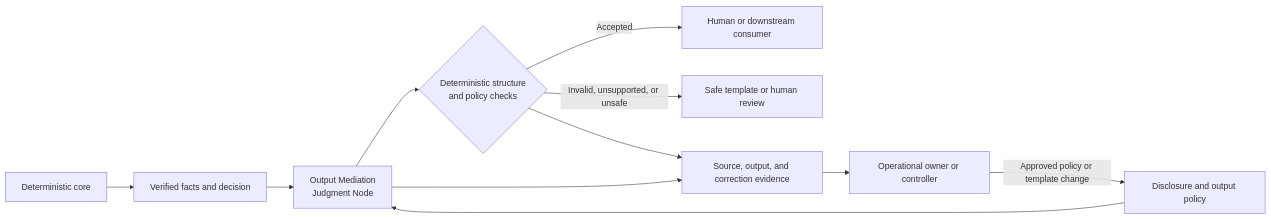
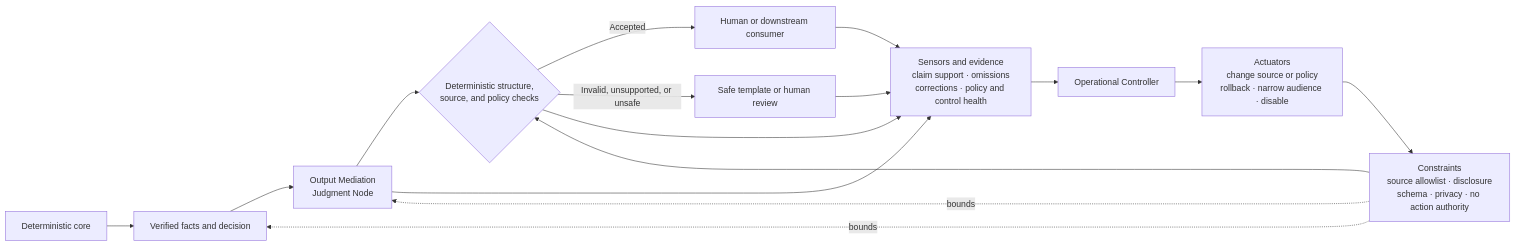
The third of 4 diagrams in 03-reference-architectures/judgment-placement-examples.md (UncertaintyArchitectureGroup/uncertainty-architecture), drawn with Mermaid before and after one commit. The commit also changed other lines of this file, not shown here.

Commit message:
docs: expose constraints in placement references

````diff
--- a/03-reference-architectures/judgment-placement-examples.md
+++ b/03-reference-architectures/judgment-placement-examples.md
@@ -168,22 +202,27 @@
 ```mermaid
 flowchart LR
     CORE[Deterministic core]
     DATA[Verified facts and decision]
-    POL[Disclosure and output policy]
+    K[Constraints<br/>source allowlist · disclosure<br/>schema · privacy · no action authority]
     J[Output Mediation<br/>Judgment Node]
-    V{Deterministic structure<br/>and policy checks}
+    V{Deterministic structure,<br/>source, and policy checks}
     U[Human or downstream consumer]
     F[Safe template or human review]
-    E[Source, output, and correction evidence]
-    O[Operational owner or controller]
+    S[Sensors and evidence<br/>claim support · omissions<br/>corrections · policy and control health]
+    C[Operational Controller]
+    A[Actuators<br/>change source or policy<br/>rollback · narrow audience · disable]
 
     CORE --> DATA --> J
-    POL --> J
+    K -. bounds .-> DATA
+    K -. bounds .-> J
     J --> V
+    K --> V
     V -->|Accepted| U
     V -->|Invalid, unsupported, or unsafe| F
-    J --> E
-    V --> E
-    E --> O
-    O -->|Approved policy or template change| POL
+    J --> S
+    V --> S
+    U --> S
+    F --> S
+    S --> C --> A
+    A --> K
 ```
````
